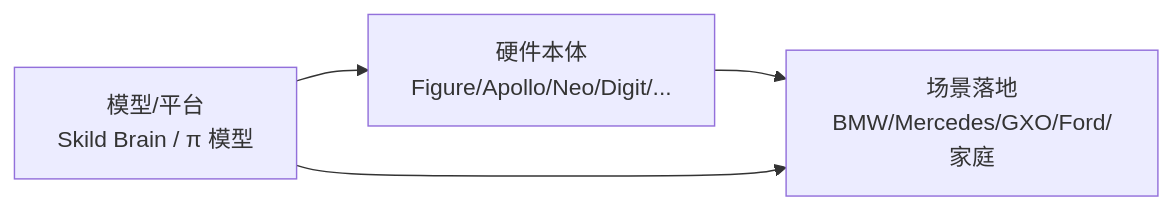
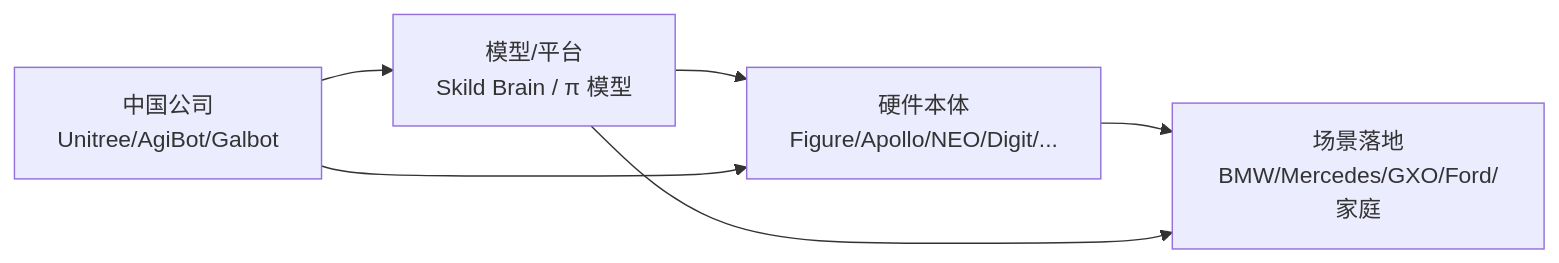
Before and after one commit to allengaller/awesome-startups: the third of 3 diagrams in .qoder/repowiki/zh/content/具身智能 _ 人形机器人.md, drawn with Mermaid. The commit also changed other lines of this file and 20 other files, not shown here.

````diff
--- a/.qoder/repowiki/zh/content/具身智能 _ 人形机器人.md
+++ b/.qoder/repowiki/zh/content/具身智能 _ 人形机器人.md
@@ -210,6 +218,8 @@
 ```mermaid
 graph LR
-M["模型/平台<br/>Skild Brain / π 模型"] --> H["硬件本体<br/>Figure/Apollo/Neo/Digit/..."]
+M["模型/平台<br/>Skild Brain / π 模型"] --> H["硬件本体<br/>Figure/Apollo/NEO/Digit/..."]
 H --> S["场景落地<br/>BMW/Mercedes/GXO/Ford/家庭"]
 M --> S
+C["中国公司<br/>Unitree/AgiBot/Galbot"] --> M
+C --> H
 ```
````
